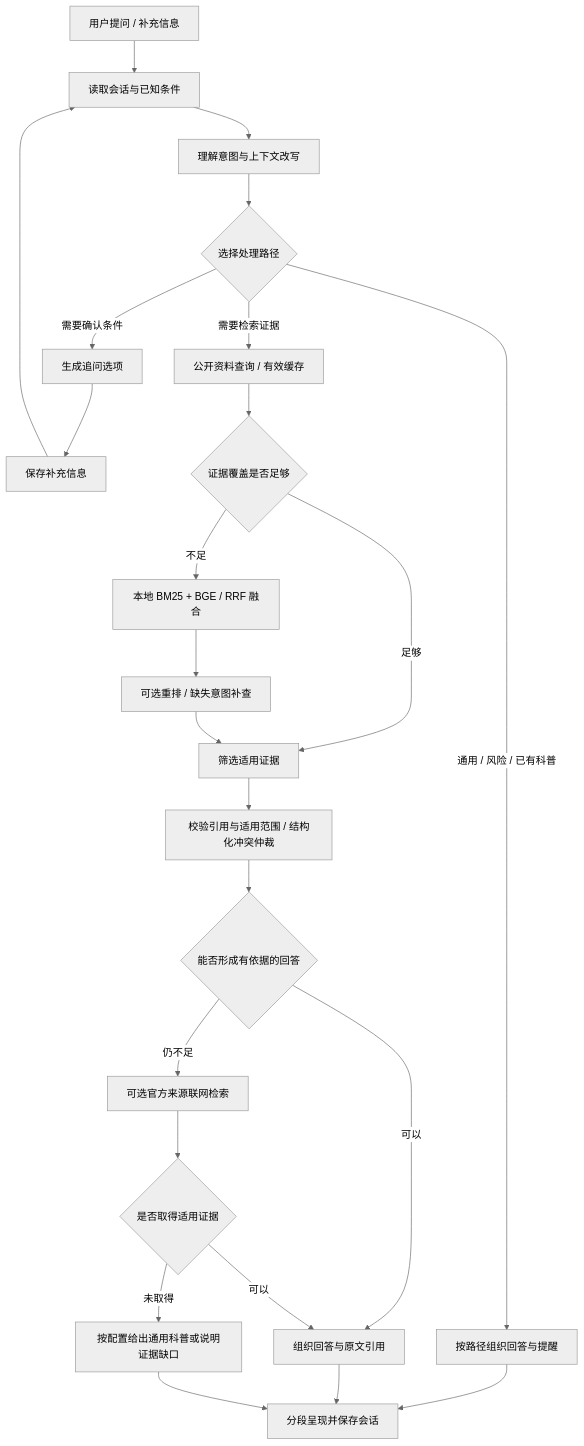
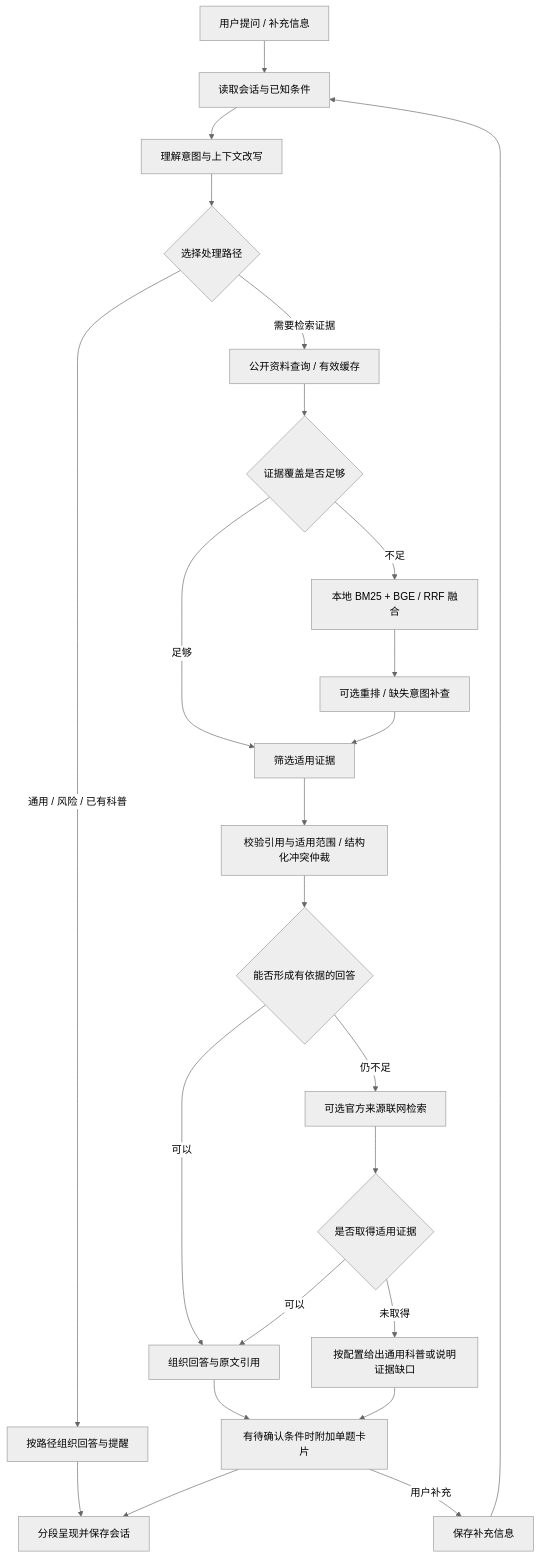
The diagram in README.md (Dengzi555/meditouch-agent), drawn with Mermaid (neutral theme) before and after one commit. The commit also changed other lines of this file and 8 other files, not shown here.

````diff
--- a/README.md
+++ b/README.md
@@ -50,26 +50,26 @@
 ```mermaid
 flowchart TD
     A[用户提问 / 补充信息] --> B[读取会话与已知条件]
     B --> C[理解意图与上下文改写]
     C --> D{选择处理路径}
     D -->|通用 / 风险 / 已有科普| E[按路径组织回答与提醒]
-    D -->|需要确认条件| G[生成追问选项]
-    G --> H[保存补充信息]
+    G -->|用户补充| H[保存补充信息]
     H --> B
     D -->|需要检索证据| J[公开资料查询 / 有效缓存]
     J --> K{证据覆盖是否足够}
     K -->|足够| N[筛选适用证据]
     K -->|不足| L[本地 BM25 + BGE / RRF 融合]
     L --> M[可选重排 / 缺失意图补查]
     M --> N
     N --> O[校验引用与适用范围 / 结构化冲突仲裁]
     O --> P{能否形成有依据的回答}
     P -->|可以| Q[组织回答与原文引用]
     P -->|仍不足| R[可选官方来源联网检索]
     R --> S{是否取得适用证据}
     S -->|可以| Q
     S -->|未取得| T[按配置给出通用科普或说明证据缺口]
     E --> U[分段呈现并保存会话]
-    Q --> U
-    T --> U
+    Q --> G[有待确认条件时附加单题卡片]
+    T --> G
+    G --> U
 ```
````
